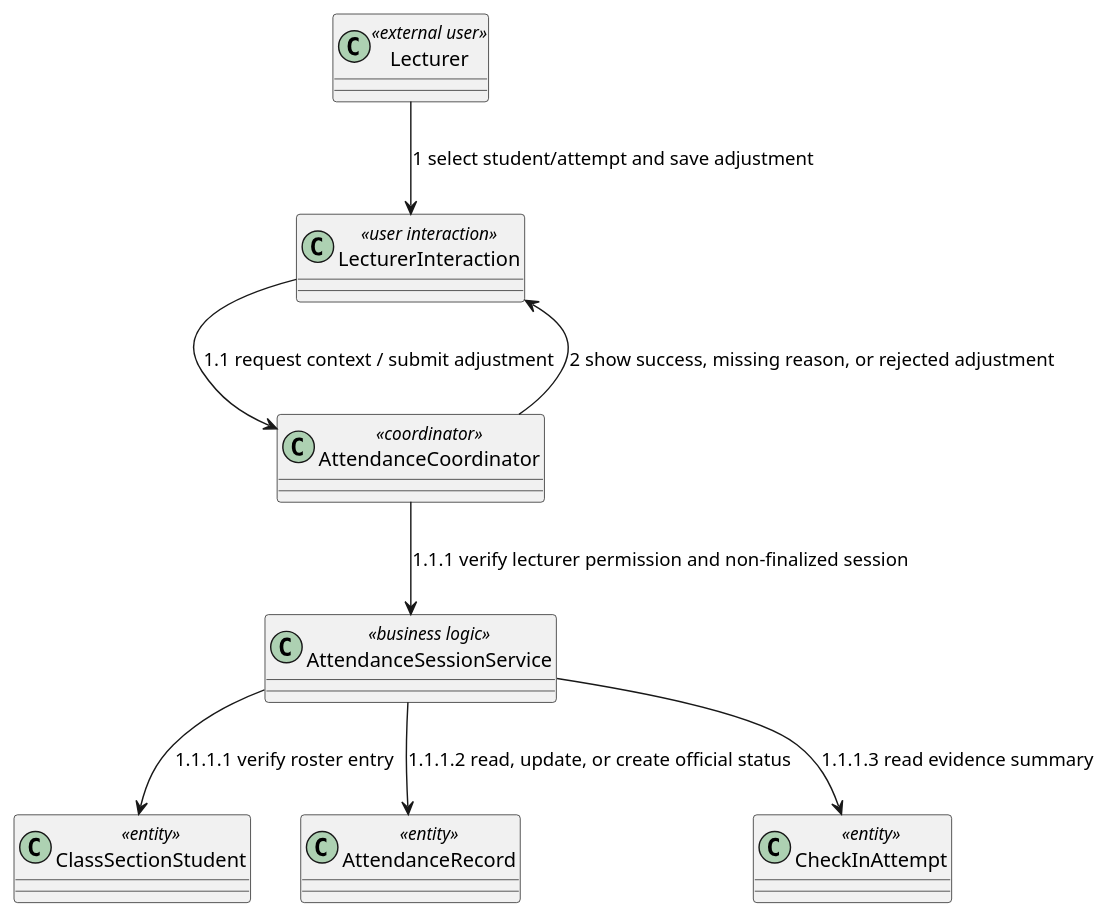
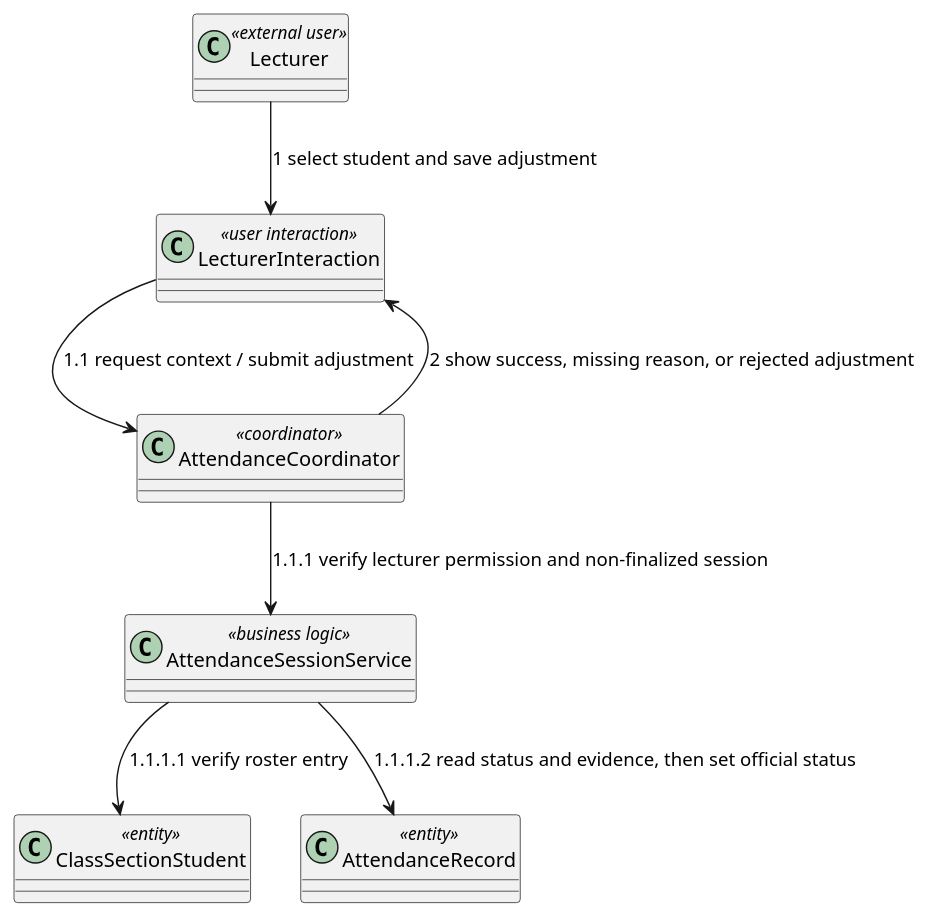
Before and after one commit to nttung42/SWD392: diagram 20 of 28 in docs/rds/2_Analysis.md, drawn with PlantUML. The commit also changed other lines of this file and 4 other files, not shown here.

Commit message:
not force calculate distance and merge checkin attemp with attendance record

````diff
--- a/docs/rds/2_Analysis.md
+++ b/docs/rds/2_Analysis.md
@@ -1098,19 +970,17 @@
 ```plantuml
 @startuml
 class "Lecturer" as Lecturer <<external user>>
 class "LecturerInteraction" as LecturerUI <<user interaction>>
 class "AttendanceCoordinator" as AdjustmentControl <<coordinator>>
 class "AttendanceSessionService" as SessionRules <<business logic>>
 class "ClassSectionStudent" as ClassSectionStudent <<entity>>
 class "AttendanceRecord" as AttendanceRecord <<entity>>
-class "CheckInAttempt" as CheckInAttempt <<entity>>
 
-Lecturer --> LecturerUI : 1 select student/attempt and save adjustment
+Lecturer --> LecturerUI : 1 select student and save adjustment
 LecturerUI --> AdjustmentControl : 1.1 request context / submit adjustment
 AdjustmentControl --> SessionRules : 1.1.1 verify lecturer permission and non-finalized session
 SessionRules --> ClassSectionStudent : 1.1.1.1 verify roster entry
-SessionRules --> AttendanceRecord : 1.1.1.2 read, update, or create official status
-SessionRules --> CheckInAttempt : 1.1.1.3 read evidence summary
+SessionRules --> AttendanceRecord : 1.1.1.2 read status and evidence, then set official status
 AdjustmentControl --> LecturerUI : 2 show success, missing reason, or rejected adjustment
 @enduml
 ```
````
